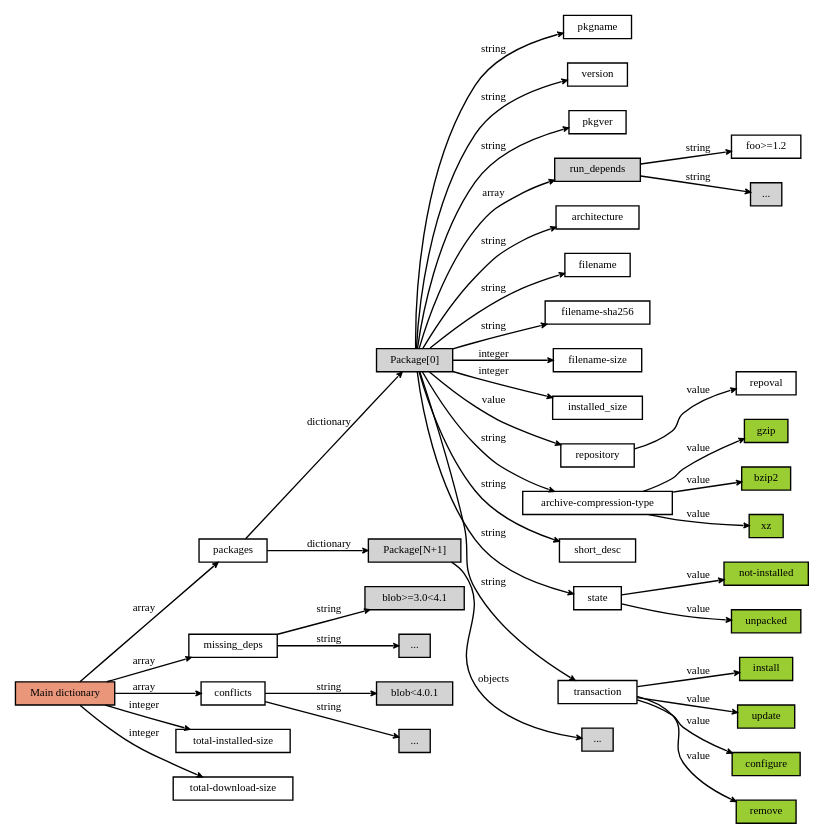
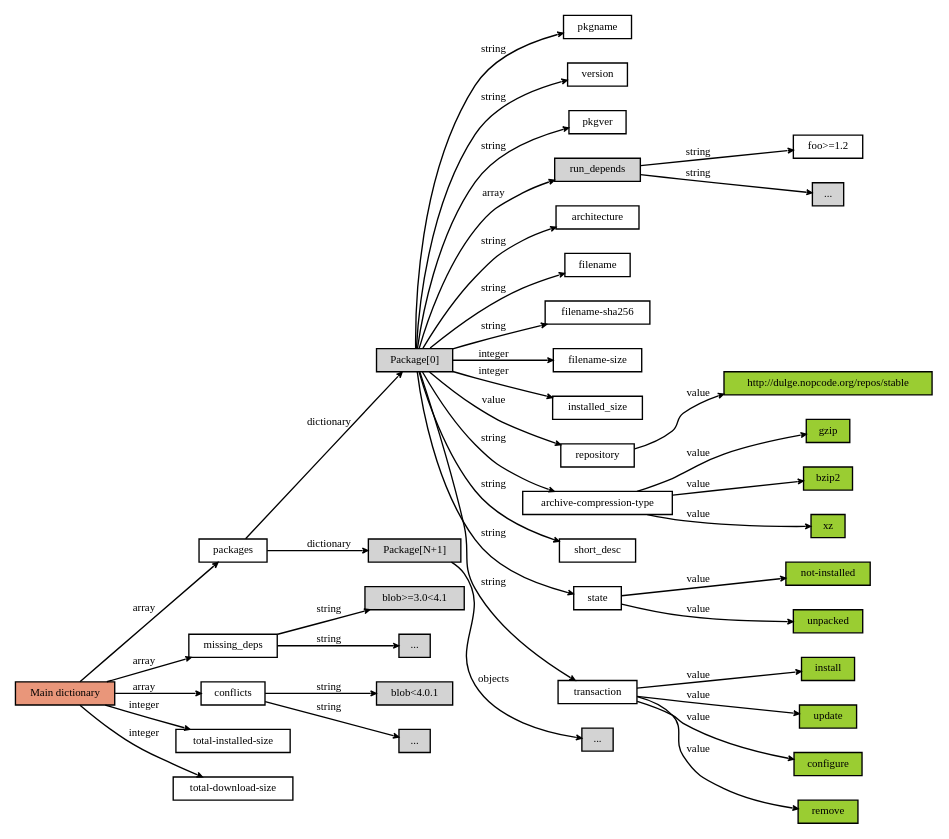
One commit to Jaguarlinux/dulge changed the diagram in doc/dulge_transaction_dictionary.dot. Above: the diagram before and after it, drawn with Graphviz. The commit also changed 108 other files, not shown here.

```diff
--- a/doc/dulge_transaction_dictionary.dot
+++ b/doc/dulge_transaction_dictionary.dot
@@ -1,70 +1,71 @@
 digraph transaction_dictionary {
 	graph [rankdir=LR,ranksep=".1"];
 	edge [arrowhead="vee",arrowsize="0.40",fontname="DejaVuSansCondensed",fontsize="8"];
 	node [shape=box,fontname="DejaVuSansCondensed",fontsize="8",height=".1",width=".1"];
 	main -> packages [label="array"];
 	main -> missing_deps [label="array"];
 	main -> conflicts [label="array"];
 	missing_deps -> mdep1 [label="string"];
 	missing_deps -> mdep2 [label="string"];
 	conflicts -> conflict1 [label="string"];
 	conflicts -> conflict2 [label="string"];
 	mdep1 [style=filled,label="blob>=3.0<4.1"];
 	mdep2 [style=filled,label="..."];
 	conflict1 [style=filled,label="blob<4.0.1"];
 	conflict2 [style=filled,label="..."];
 	main -> totalsize [label="integer"];
 	main -> totaldlsize [label="integer"];
 	main [style=filled,fillcolor="darksalmon",label="Main dictionary"];
 	totalsize [label="total-installed-size"];
 	totaldlsize [label="total-download-size"];
 	packages -> dictionary [label="dictionary"];
 	packages -> dictionary2 [label="dictionary"];
 	dictionary [style=filled,label="Package[0]"];
 	dictionary2 [style=filled,label="Package[N+1]"];
 	dictionary2 -> dict2_objs [label="objects"];
 	dict2_objs [style=filled,label="..."];
 	dictionary -> pkgname [label="string"];
 	dictionary -> version [label="string"];
 	dictionary -> pkgver [label="string"];
 	dictionary -> run_depends [label="array"];
 	run_depends [style=filled];
 	run_depends -> rundep1_string [label="string"];
 	run_depends -> rundep2_string [label="string"];
 	rundep1_string [label="foo>=1.2"];
 	rundep2_string [style=filled,label="..."];
 	dictionary -> architecture [label="string"];
 	dictionary -> filename [label="string"];
 	dictionary -> fnamesha256 [label="string"];
 	fnamesha256 [label="filename-sha256"];
 	dictionary -> fnamesize [label="integer"];
 	fnamesize [label="filename-size"];
 	dictionary -> instsize [label="integer"];
 	instsize [label="installed_size"];
 	dictionary -> repository [label="value"];
 	repository -> repoval [label="value"];
+	repoval [style=filled,fillcolor="yellowgreen",label="http://dulge.nopcode.org/repos/stable"];
 	dictionary -> archive_comptype [label="string"];
 	archive_comptype [label="archive-compression-type"];
 	archive_comptype -> comptype_gz [label="value"];
 	archive_comptype -> comptype_bz [label="value"];
 	archive_comptype -> comptype_xz [label="value"];
 	comptype_gz [style=filled,fillcolor="yellowgreen",label="gzip"];
 	comptype_bz [style=filled,fillcolor="yellowgreen",label="bzip2"];
 	comptype_xz [style=filled,fillcolor="yellowgreen",label="xz"];
 	dictionary -> short_desc [label="string"];
 	dictionary -> state [label="string"];
 	state -> state_notinst [label="value"];
 	state -> state_unpacked [label="value"];
 	state_notinst [style=filled,fillcolor="yellowgreen",label="not-installed"];
 	state_unpacked [style=filled,fillcolor="yellowgreen",label="unpacked"];
 	dictionary -> transaction [label="string"];
 	transaction [label="transaction"];
 	transaction -> tract_inst [label="value"];
 	transaction -> tract_up [label="value"];
 	transaction -> tract_cf [label="value"];
 	transaction -> tract_rm [label="value"];
 	tract_inst [style=filled,fillcolor="yellowgreen",label="install"];
 	tract_up [style=filled,fillcolor="yellowgreen",label="update"];
 	tract_cf [style=filled,fillcolor="yellowgreen",label="configure"];
 	tract_rm [style=filled,fillcolor="yellowgreen",label="remove"];
 }
```
